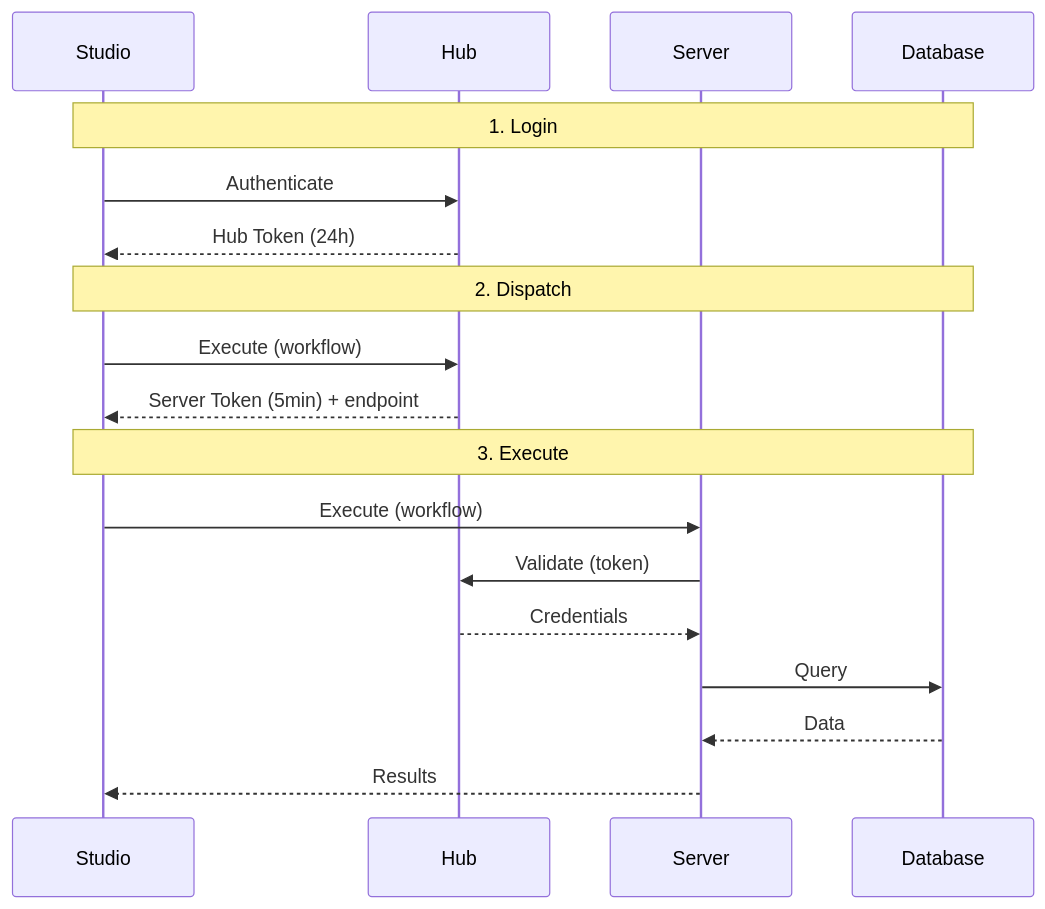
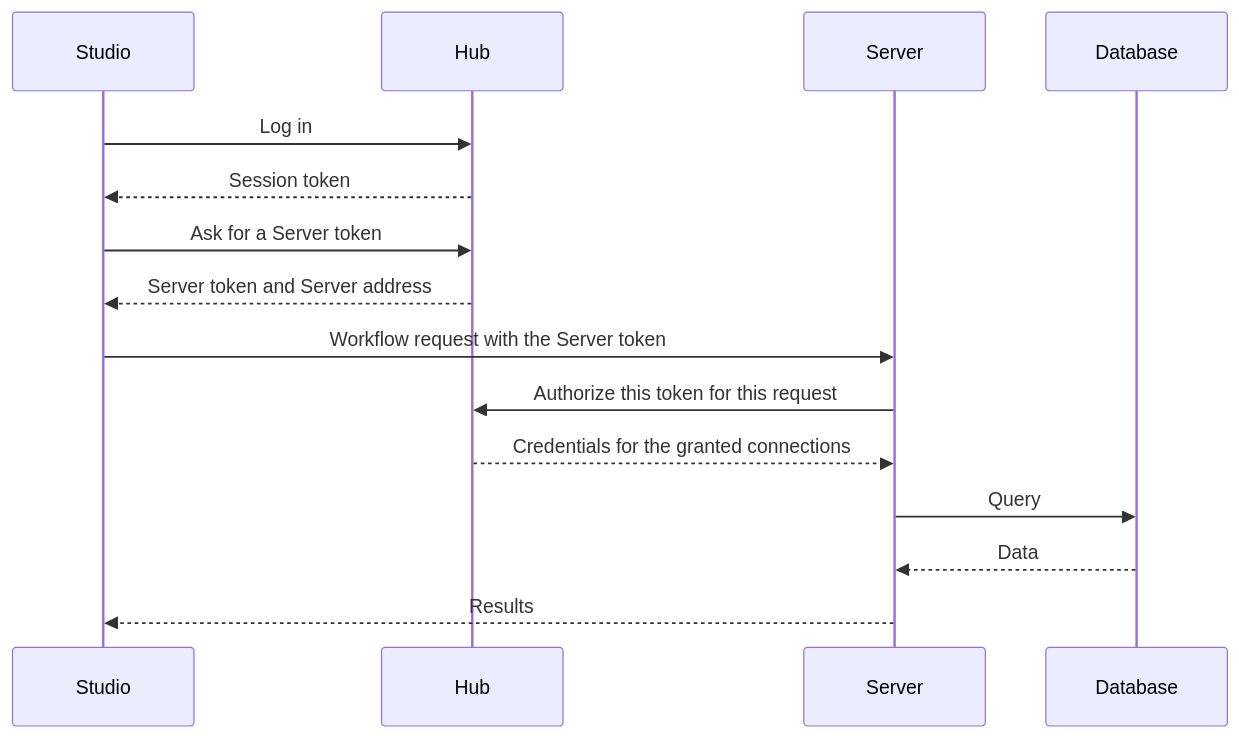
The diagram in docs/docs/admin/security.md (Sigilweaver/Loom), drawn with Mermaid before and after one commit. The commit also changed other lines of this file and 6 other files, not shown here.

````diff
--- a/docs/docs/admin/security.md
+++ b/docs/docs/admin/security.md
@@ -13,23 +20,18 @@
 ```mermaid
 sequenceDiagram
     participant Studio
     participant Hub
     participant Server
     participant Database
 
-    Note over Studio,Database: 1. Login
-    Studio->>Hub: Authenticate
-    Hub-->>Studio: Hub Token (24h)
-
-    Note over Studio,Database: 2. Dispatch
-    Studio->>Hub: Execute (workflow)
-    Hub-->>Studio: Server Token (5min) + endpoint
-
-    Note over Studio,Database: 3. Execute
-    Studio->>Server: Execute (workflow)
-    Server->>Hub: Validate (token)
-    Hub-->>Server: Credentials
+    Studio->>Hub: Log in
+    Hub-->>Studio: Session token
+    Studio->>Hub: Ask for a Server token
+    Hub-->>Studio: Server token and Server address
+    Studio->>Server: Workflow request with the Server token
+    Server->>Hub: Authorize this token for this request
+    Hub-->>Server: Credentials for the granted connections
     Server->>Database: Query
     Database-->>Server: Data
     Server-->>Studio: Results
 ```
````
